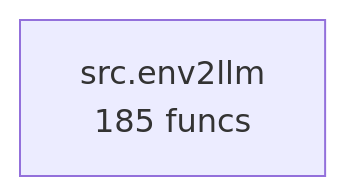
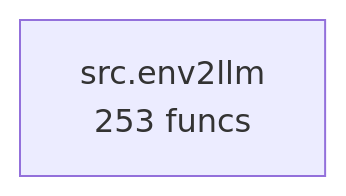
Before and after one commit to autogrammar/env2llm: the diagram in project/compact_flow.mmd, drawn with Mermaid. The commit also changed 64 other files, not shown here.

```diff
--- a/project/compact_flow.mmd
+++ b/project/compact_flow.mmd
@@ -1,3 +1,3 @@
 flowchart TD
-%% generated in 0.01s
-    src__env2llm["src.env2llm<br/>185 funcs"]
+%% generated in 0.03s
+    src__env2llm["src.env2llm<br/>253 funcs"]
```
